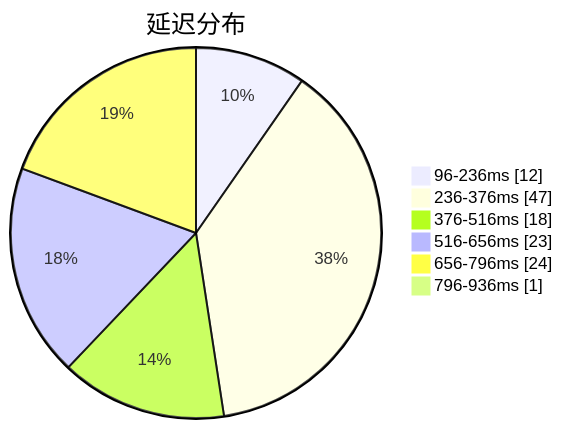
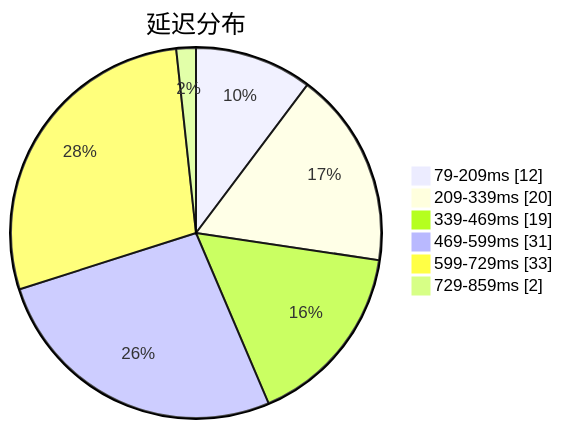
The first of 3 diagrams in subs/statistics/tested_within.md (sinspired/airport), drawn with Mermaid before and after one commit. The commit also changed other lines of this file and 2 other files, not shown here.

````diff
--- a/subs/statistics/tested_within.md
+++ b/subs/statistics/tested_within.md
@@ -2,10 +2,10 @@
 ```mermaid
 pie showData
 title 延迟分布
-"96-236ms" : 12
-"236-376ms" : 47
-"376-516ms" : 18
-"516-656ms" : 23
-"656-796ms" : 24
-"796-936ms" : 1
+"79-209ms" : 12
+"209-339ms" : 20
+"339-469ms" : 19
+"469-599ms" : 31
+"599-729ms" : 33
+"729-859ms" : 2
 ```
````
